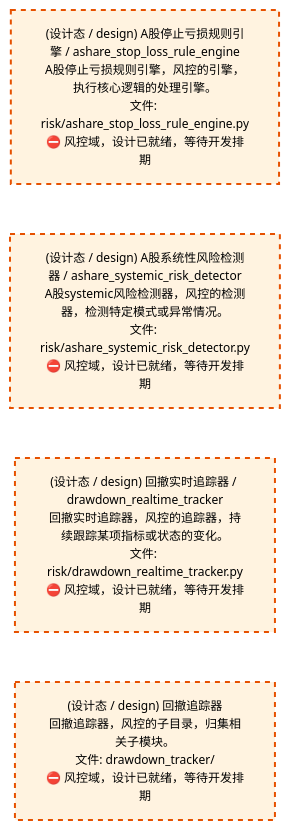
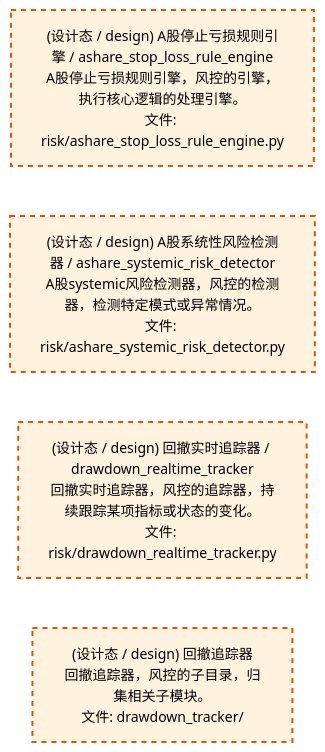
Before and after one commit to xuanFelixVan/ZephyrAlpha: the third of 4 diagrams in docs/02_enterprise_architecture/02_domain_architecture_docs/65_d_risk.md, drawn with Mermaid. The commit also changed other lines of this file and 61 other files, not shown here.

````diff
--- a/docs/02_enterprise_architecture/02_domain_architecture_docs/65_d_risk.md
+++ b/docs/02_enterprise_architecture/02_domain_architecture_docs/65_d_risk.md
@@ -181,16 +181,16 @@
 ```mermaid
-%%{init: {'theme': 'base', 'themeVariables': {'primaryColor': '#eaeaea', 'primaryTextColor': '#333333', 'primaryBorderColor': '#666666', 'lineColor': '#666666', 'secondaryColor': '#eaeaea', 'tertiaryColor': '#eaeaea', 'fontSize': '12px'}}}%%
+%%{init: {'theme': 'base', 'themeVariables': {'primaryColor': '#eaeaea', 'primaryTextColor': '#333333', 'primaryBorderColor': '#666666', 'lineColor': '#666666', 'secondaryColor': '#eaeaea', 'tertiaryColor': '#eaeaea', 'fontSize': '14px'}}}%%
 flowchart TD
-    src_zephyr_risk_ashare_stop_loss_rule_engine_py["(设计态 / design) A股停止亏损规则引擎 / ashare_stop_loss_rule_engine<br/>A股停止亏损规则引擎，风控的引擎，执行核心逻辑的处理引擎。<br/>文件: risk/ashare_stop_loss_rule_engine.py<br/>⛔ 风控域，设计已就绪，等待开发排期"]
-    src_zephyr_risk_ashare_systemic_risk_detector_py["(设计态 / design) A股系统性风险检测器 / ashare_systemic_risk_detector<br/>A股systemic风险检测器，风控的检测器，检测特定模式或异常情况。<br/>文件: risk/ashare_systemic_risk_detector.py<br/>⛔ 风控域，设计已就绪，等待开发排期"]
-    src_zephyr_risk_drawdown_realtime_tracker_py["(设计态 / design) 回撤实时追踪器 / drawdown_realtime_tracker<br/>回撤实时追踪器，风控的追踪器，持续跟踪某项指标或状态的变化。<br/>文件: risk/drawdown_realtime_tracker.py<br/>⛔ 风控域，设计已就绪，等待开发排期"]
-    src_zephyr_risk_drawdown_tracker["(设计态 / design) 回撤追踪器<br/>回撤追踪器，风控的子目录，归集相关子模块。<br/>文件: drawdown_tracker/<br/>⛔ 风控域，设计已就绪，等待开发排期"]
+    src_zephyr_risk_ashare_stop_loss_rule_engine_py["(设计态 / design) A股停止亏损规则引擎 / ashare_stop_loss_rule_engine<br/>A股停止亏损规则引擎，风控的引擎，执行核心逻辑的处理引擎。<br/>文件: risk/ashare_stop_loss_rule_engine.py"]
+    src_zephyr_risk_ashare_systemic_risk_detector_py["(设计态 / design) A股系统性风险检测器 / ashare_systemic_risk_detector<br/>A股systemic风险检测器，风控的检测器，检测特定模式或异常情况。<br/>文件: risk/ashare_systemic_risk_detector.py"]
+    src_zephyr_risk_drawdown_realtime_tracker_py["(设计态 / design) 回撤实时追踪器 / drawdown_realtime_tracker<br/>回撤实时追踪器，风控的追踪器，持续跟踪某项指标或状态的变化。<br/>文件: risk/drawdown_realtime_tracker.py"]
+    src_zephyr_risk_drawdown_tracker["(设计态 / design) 回撤追踪器<br/>回撤追踪器，风控的子目录，归集相关子模块。<br/>文件: drawdown_tracker/"]
     src_zephyr_risk_ashare_stop_loss_rule_engine_py ~~~ src_zephyr_risk_ashare_systemic_risk_detector_py
     src_zephyr_risk_ashare_systemic_risk_detector_py ~~~ src_zephyr_risk_drawdown_realtime_tracker_py
     src_zephyr_risk_drawdown_realtime_tracker_py ~~~ src_zephyr_risk_drawdown_tracker
     classDef production fill:#e1f5fe,stroke:#01579b,stroke-width:2px,color:#000
     classDef design fill:#fff3e0,stroke:#e65100,stroke-width:2px,color:#000,stroke-dasharray: 5 5
     classDef external_prod fill:#e8f4fd,stroke:#0277bd,stroke-width:1px,color:#000
     classDef external_design fill:#fff8e7,stroke:#ef6c00,stroke-width:1px,color:#000,stroke-dasharray: 5 5
     class src_zephyr_risk_ashare_stop_loss_rule_engine_py,src_zephyr_risk_ashare_systemic_risk_detector_py,src_zephyr_risk_drawdown_realtime_tracker_py,src_zephyr_risk_drawdown_tracker design
 ```
````
